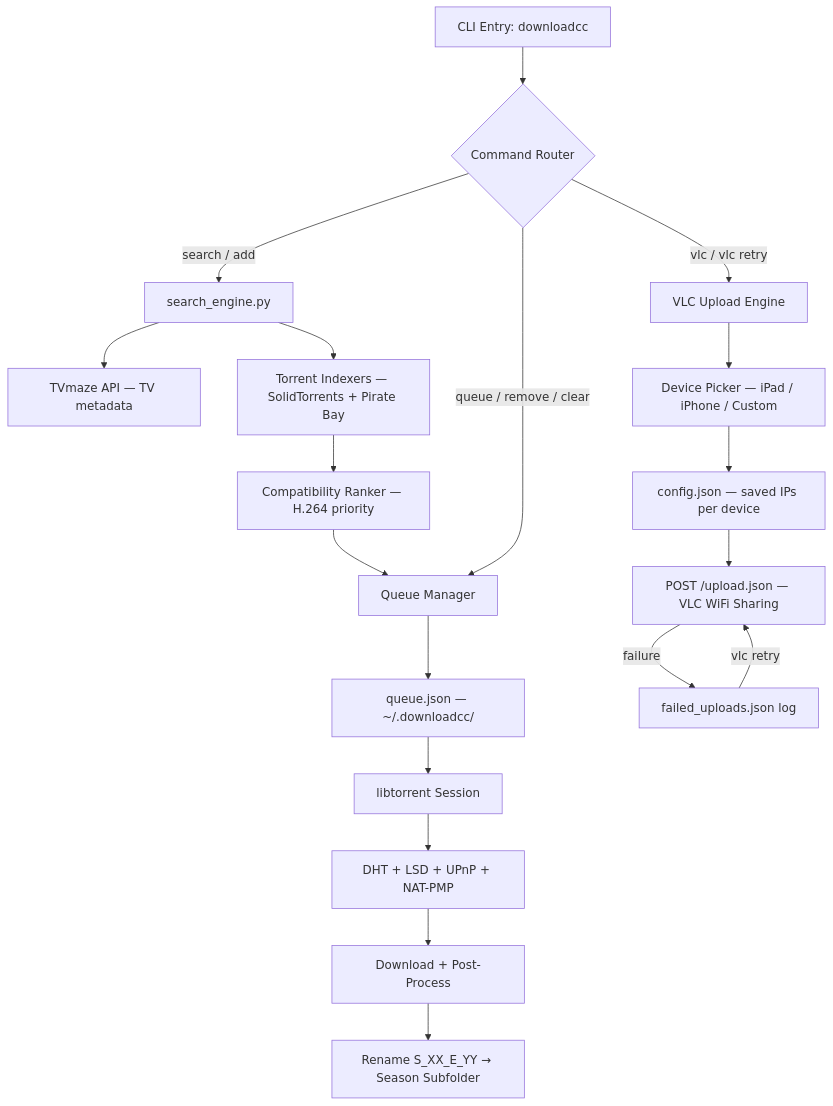
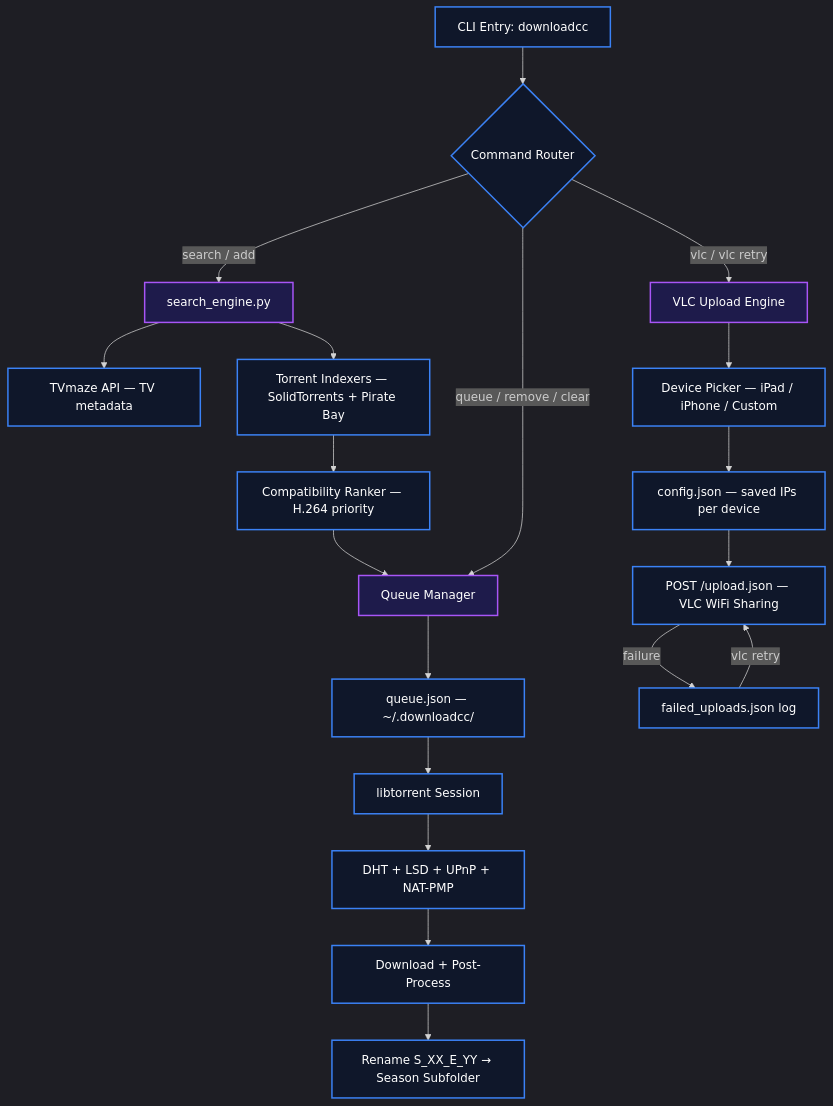
The diagram in README.md (IamOumarIbrahim/downloadcc-vlc-streamer), drawn with Mermaid before and after one commit. The commit also changed other lines of this file, not shown here.

````diff
--- a/README.md
+++ b/README.md
@@ -41,25 +56,30 @@
 ```mermaid
+%%{init: {'theme': 'dark'}}%%
 graph TD
     A[CLI Entry: downloadcc] --> B{Command Router}
 
     B -->|search / add| C[search_engine.py]
     B -->|queue / remove / clear| D[Queue Manager]
     B -->|vlc / vlc retry| E[VLC Upload Engine]
 
     C --> C1[TVmaze API — TV metadata]
     C --> C2[Torrent Indexers — SolidTorrents + Pirate Bay]
     C2 --> C3[Compatibility Ranker — H.264 priority]
     C3 --> D
 
     D --> D1[queue.json — ~/.downloadcc/]
     D1 --> F[libtorrent Session]
     F --> F1[DHT + LSD + UPnP + NAT-PMP]
     F1 --> F2[Download + Post-Process]
     F2 --> F3[Rename S_XX_E_YY → Season Subfolder]
 
     E --> E1[Device Picker — iPad / iPhone / Custom]
     E1 --> E2[config.json — saved IPs per device]
     E2 --> E3[POST /upload.json — VLC WiFi Sharing]
     E3 -->|failure| E4[failed_uploads.json log]
     E4 -->|vlc retry| E3
+
+    classDef default fill:#0f172a,stroke:#3b82f6,stroke-width:2px,color:#fff;
+    classDef process fill:#1e1b4b,stroke:#a855f7,stroke-width:2px,color:#fff;
+    class C,D,E process;
 ```
````
